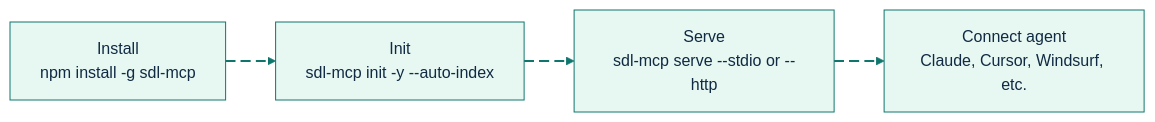
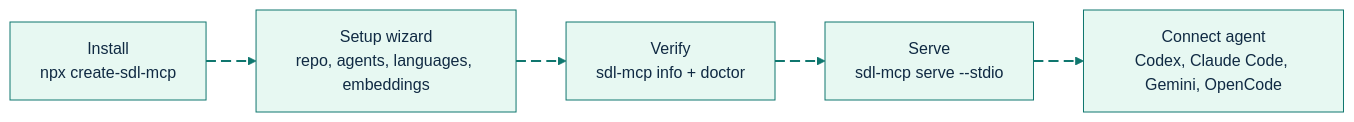
The diagram in docs/getting-started.md (GlitterKill/sdl-mcp), drawn with Mermaid before and after one commit. The commit also changed other lines of this file and 4 other files, not shown here.

````diff
--- a/docs/getting-started.md
+++ b/docs/getting-started.md
@@ -21,21 +25,20 @@
 ```mermaid
 %%{init: {"theme":"base","themeVariables":{"background":"#ffffff","primaryColor":"#E7F8F2","primaryBorderColor":"#0F766E","primaryTextColor":"#102A43","secondaryColor":"#E8F1FF","secondaryBorderColor":"#2563EB","secondaryTextColor":"#102A43","tertiaryColor":"#FFF4D6","tertiaryBorderColor":"#B45309","tertiaryTextColor":"#102A43","lineColor":"#0F766E","textColor":"#102A43","fontFamily":"Inter, ui-sans-serif, system-ui, -apple-system, BlinkMacSystemFont, Segoe UI, sans-serif"},"flowchart":{"curve":"basis","htmlLabels":true}}}%%
 flowchart LR
-    Install["Install<br/>npm install -g sdl-mcp"]
-    Init["Init<br/>sdl-mcp init -y --auto-index"]
-    Serve["Serve<br/>sdl-mcp serve --stdio or --http"]
-    Connect["Connect agent<br/>Claude, Cursor, Windsurf, etc."]
+    Install["Install<br/>npx create-sdl-mcp"]
+    Wizard["Setup wizard<br/>repo, agents, languages, embeddings"]
+    Verify["Verify<br/>sdl-mcp info + doctor"]
+    Serve["Serve<br/>sdl-mcp serve --stdio"]
+    Connect["Connect agent<br/>Codex, Claude Code, Gemini, OpenCode"]
 
-    Install e1@--> Init
-    Init e2@--> Serve
-    Serve e3@--> Connect
+    Install e1@--> Wizard
+    Wizard e2@--> Verify
+    Verify e3@--> Serve
+    Serve e4@--> Connect
 
     classDef source fill:#E7F8F2,stroke:#0F766E,stroke-width:2px,color:#102A43;
     classDef process fill:#E8F1FF,stroke:#2563EB,stroke-width:2px,color:#102A43;
     classDef decision fill:#FFF4D6,stroke:#B45309,stroke-width:2px,color:#102A43;
-    classDef storage fill:#F2E8FF,stroke:#7C3AED,stroke-width:2px,color:#102A43;
-    classDef output fill:#FFE8EF,stroke:#BE123C,stroke-width:2px,color:#102A43;
-    classDef muted fill:#F8FAFC,stroke:#64748B,stroke-width:1px,color:#102A43;
     classDef animate stroke:#0F766E,stroke-width:2px,stroke-dasharray:10\,5,stroke-dashoffset:900,animation:dash 22s linear infinite;
-    class e1,e2,e3 animate;
+    class e1,e2,e3,e4 animate;
 ```
````
